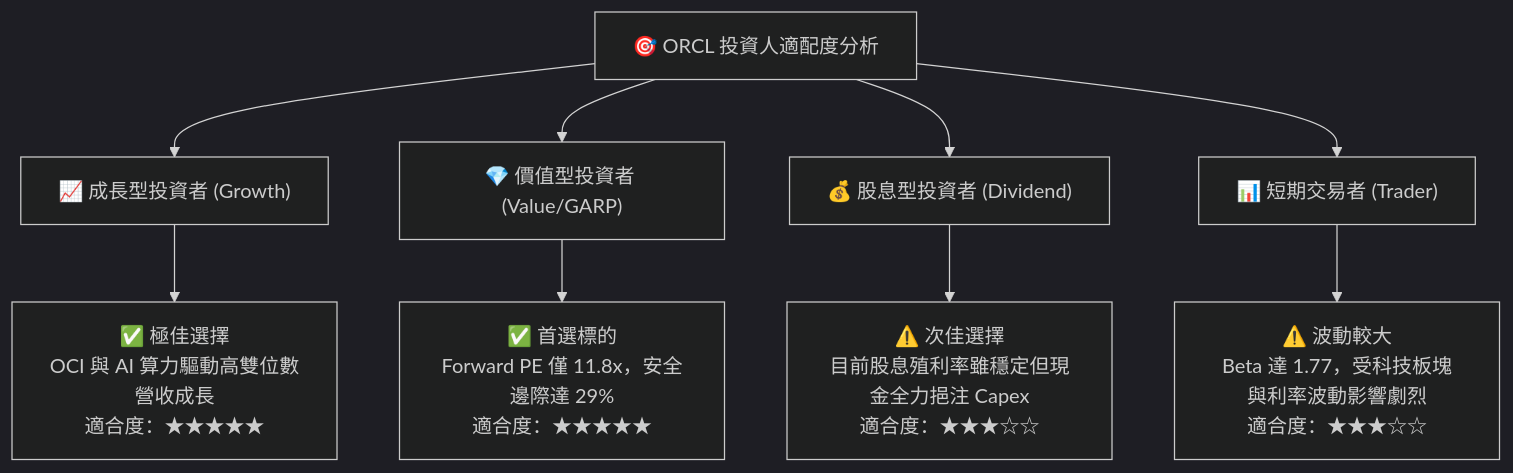
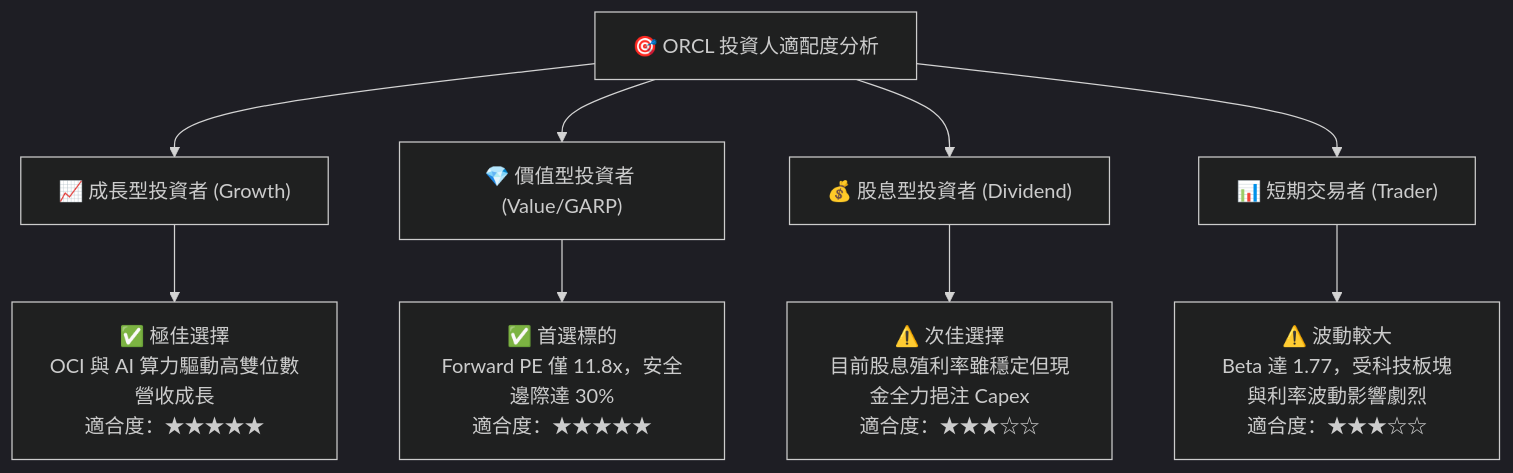
Before and after one commit to yennanliu/finance_data: diagram 15 of 15 in ai_gen_report/fundamental/orcl/fundamental_analysis_2026-10-19_gemini.md, drawn with Mermaid (dark theme). The commit also changed other lines of this file and 339 other files, not shown here.

````diff
--- a/ai_gen_report/fundamental/orcl/fundamental_analysis_2026-10-19_gemini.md
+++ b/ai_gen_report/fundamental/orcl/fundamental_analysis_2026-10-19_gemini.md
@@ -1116,14 +1131,14 @@
 ```mermaid
 graph TD
     INV["🎯 ORCL 投資人適配度分析"]
 
     INV --> G["📈 成長型投資者 (Growth)"]
     INV --> V["💎 價值型投資者 (Value/GARP)"]
     INV --> D["💰 股息型投資者 (Dividend)"]
     INV --> T["📊 短期交易者 (Trader)"]
 
     G --> G1["✅ 極佳選擇<br/>OCI 與 AI 算力驅動高雙位數營收成長<br/>適合度：★★★★★"]
-    V --> V1["✅ 首選標的<br/>Forward PE 僅 11.8x，安全邊際達 29%<br/>適合度：★★★★★"]
+    V --> V1["✅ 首選標的<br/>Forward PE 僅 11.8x，安全邊際達 30%<br/>適合度：★★★★★"]
     D --> D1["⚠️ 次佳選擇<br/>目前股息殖利率雖穩定但現金全力挹注 Capex<br/>適合度：★★★☆☆"]
     T --> T1["⚠️ 波動較大<br/>Beta 達 1.77，受科技板塊與利率波動影響劇烈<br/>適合度：★★★☆☆"]
 ```
````
